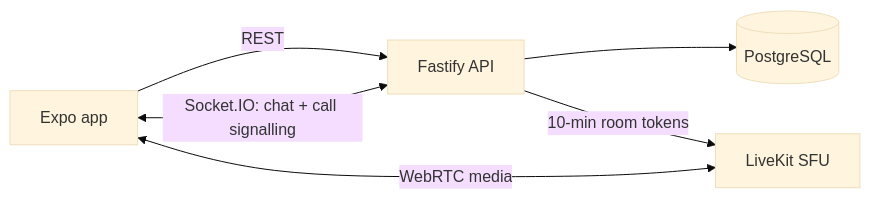
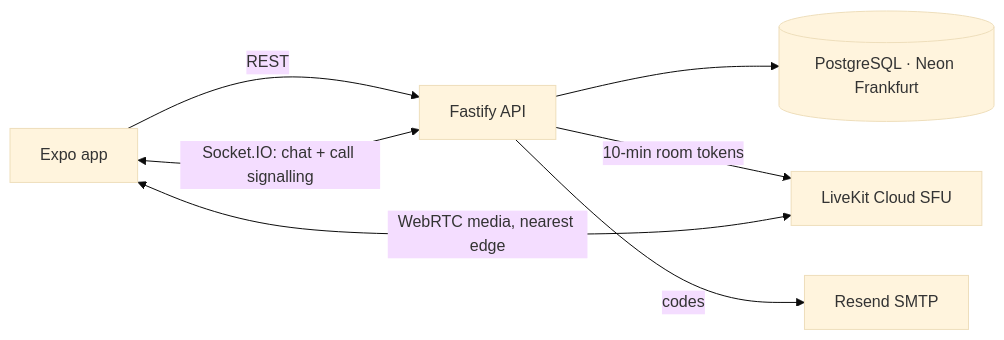
The diagram in docs/TECHNICAL.md (Sakshamm-Goyal/AirLand), drawn with Mermaid (base theme) before and after one commit. The commit also changed other lines of this file and 3 other files, not shown here.

````diff
--- a/docs/TECHNICAL.md
+++ b/docs/TECHNICAL.md
@@ -13,8 +13,9 @@
 ```mermaid
 flowchart LR
   App[Expo app] -- REST --> API[Fastify API]
   App <-- Socket.IO: chat + call signalling --> API
-  API --> DB[(PostgreSQL)]
-  API -- 10-min room tokens --> LK[LiveKit SFU]
-  App <-- WebRTC media --> LK
+  API --> DB[(PostgreSQL · Neon Frankfurt)]
+  API -- 10-min room tokens --> LK[LiveKit Cloud SFU]
+  App <-- WebRTC media, nearest edge --> LK
+  API -- codes --> Mail[Resend SMTP]
 ```
````
